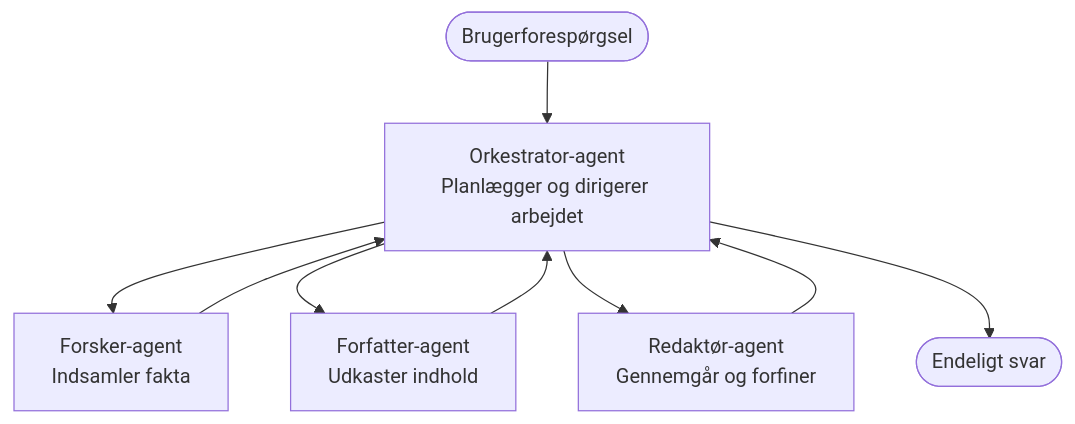
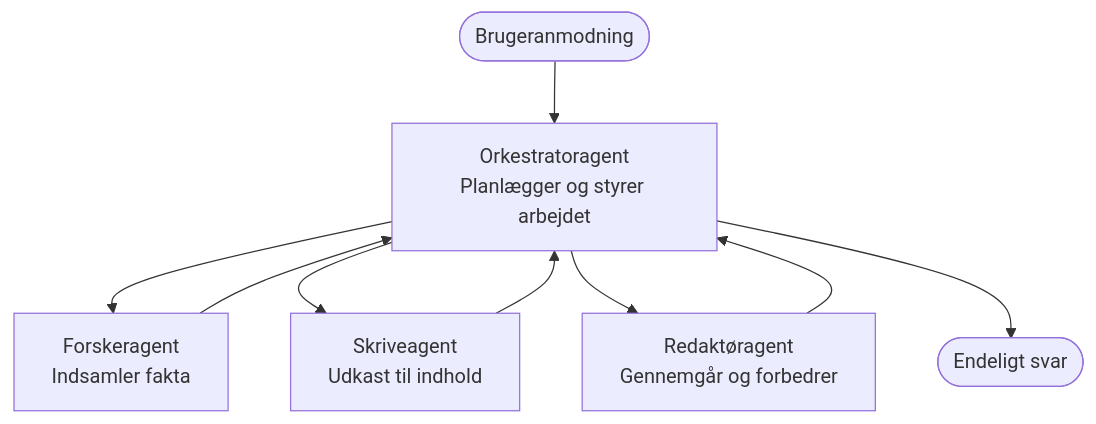
Before and after one commit to microsoft/AZD-for-beginners: the diagram in translations/da/docs/chapter-05-multi-agent/multi-agent-basics.md, drawn with Mermaid. The commit also changed other lines of this file and 61 other files, not shown here.

````diff
--- a/translations/da/docs/chapter-05-multi-agent/multi-agent-basics.md
+++ b/translations/da/docs/chapter-05-multi-agent/multi-agent-basics.md
@@ -43,11 +43,11 @@
 ```mermaid
 graph TD
-    User([Brugerforespørgsel]) --> Orchestrator[Orkestrator-agent<br/>Planlægger og dirigerer arbejdet]
-    Orchestrator --> Researcher[Forsker-agent<br/>Indsamler fakta]
-    Orchestrator --> Writer[Forfatter-agent<br/>Udkaster indhold]
-    Orchestrator --> Editor[Redaktør-agent<br/>Gennemgår og forfiner]
+    User([Brugeranmodning]) --> Orchestrator[Orkestratoragent<br/>Planlægger og styrer arbejdet]
+    Orchestrator --> Researcher[Forskeragent<br/>Indsamler fakta]
+    Orchestrator --> Writer[Skriveagent<br/>Udkast til indhold]
+    Orchestrator --> Editor[Redaktøragent<br/>Gennemgår og forbedrer]
     Researcher --> Orchestrator
     Writer --> Orchestrator
     Editor --> Orchestrator
     Orchestrator --> Result([Endeligt svar])
 ```
````
